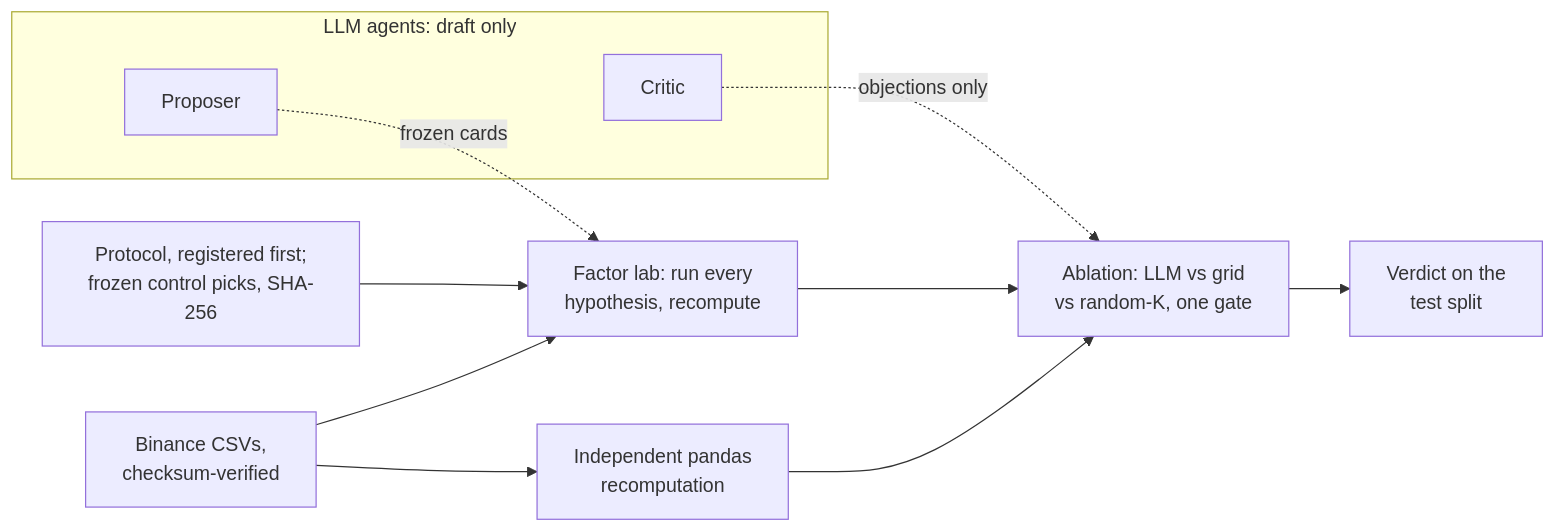
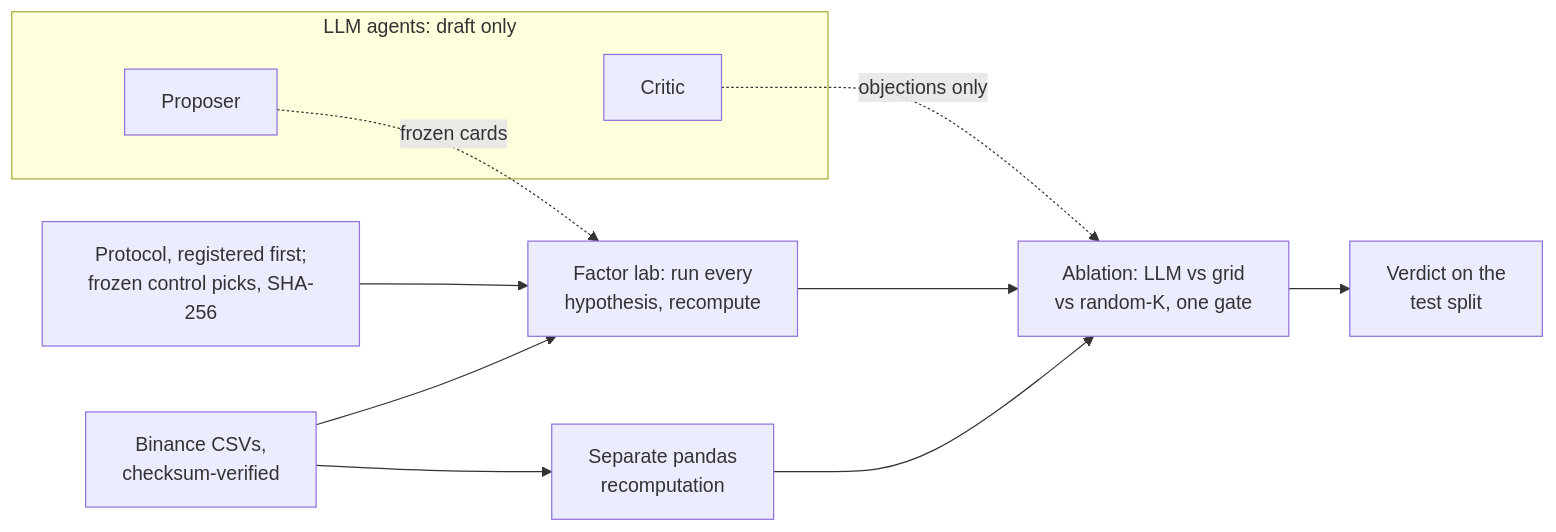
Before and after one commit to oscar-chw/agentic-quant-research: the diagram in README.md, drawn with Mermaid. The commit also changed other lines of this file and 10 other files, not shown here.

````diff
--- a/README.md
+++ b/README.md
@@ -118,13 +118,13 @@
 ```mermaid
 flowchart LR
   PR[Protocol, registered first;<br/>frozen control picks, SHA-256] --> FL
   D[Binance CSVs,<br/>checksum-verified] --> FL[Factor lab: run every<br/>hypothesis, recompute]
   FL --> AB[Ablation: LLM vs grid<br/>vs random-K, one gate]
-  D --> X[Independent pandas<br/>recomputation] --> AB
+  D --> X[Separate pandas<br/>recomputation] --> AB
   AB --> V[Verdict on the<br/>test split]
   subgraph Agents[LLM agents: draft only]
     P[Proposer] ~~~ C[Critic]
   end
   P -. frozen cards .-> FL
   C -. objections only .-> AB
 ```
````
